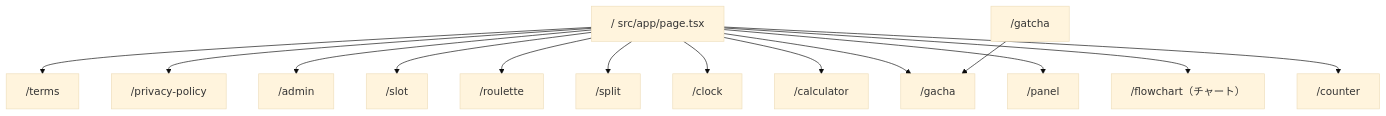
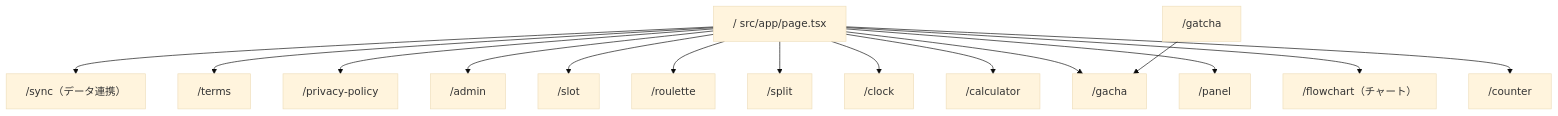
Before and after one commit to DukeGomadango/app-live-counter-suite: the second of 4 diagrams in docs/concept-and-architecture.md, drawn with Mermaid (base theme). The commit also changed other lines of this file and 25 other files, not shown here.

````diff
--- a/docs/concept-and-architecture.md
+++ b/docs/concept-and-architecture.md
@@ -57,30 +57,32 @@
 ```mermaid
 flowchart TB
   root["/ src/app/page.tsx"]
   counter["/counter"]
   flowchart_route["/flowchart（チャート）"]
   panel["/panel"]
   calculator["/calculator"]
   clock["/clock"]
   split["/split"]
   gacha["/gacha"]
   gatcha["/gatcha"]
   roulette["/roulette"]
   slot["/slot"]
   admin["/admin"]
   privacy["/privacy-policy"]
   terms["/terms"]
+  sync["/sync（データ連携）"]
   root --> counter
   root --> flowchart_route
   root --> panel
   root --> calculator
   root --> clock
   root --> split
   root --> gacha
   root --> roulette
   root --> slot
   root --> admin
   root --> privacy
   root --> terms
+  root --> sync
   gatcha --> gacha
 ```
````
